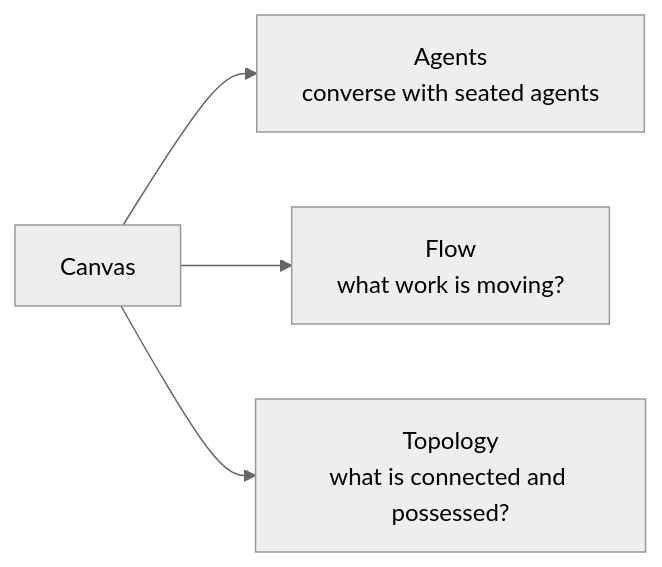
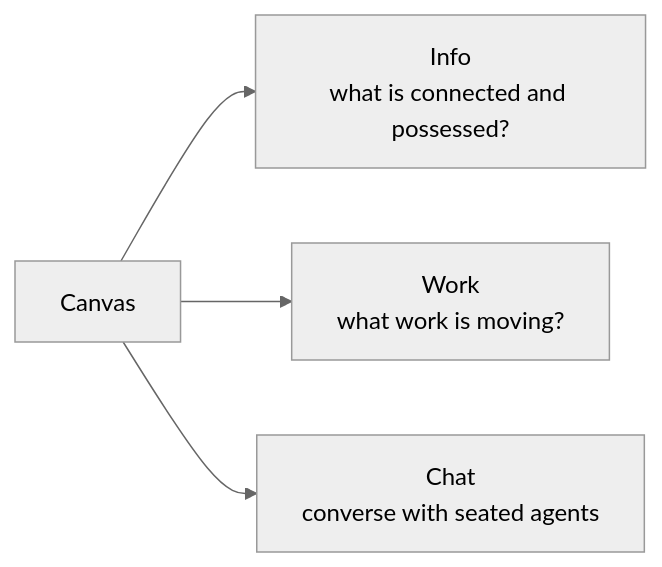
One commit to infimalabs/spice-rust changed diagram 15 of 25 in docs/product/value.md. Above: the diagram before and after it, drawn with Mermaid (neutral theme). The commit also changed other lines of this file and 42 other files, not shown here.

Commit message:
Rename Canvas panels to Info Work and Chat

````diff
--- a/docs/product/value.md
+++ b/docs/product/value.md
@@ -360,6 +360,6 @@
 ```mermaid
 flowchart LR
-  C["Canvas"] --> A["Agents<br/>converse with seated agents"]
-  C --> F["Flow<br/>what work is moving?"]
-  C --> T["Topology<br/>what is connected and possessed?"]
+  C["Canvas"] --> I["Info<br/>what is connected and possessed?"]
+  C --> W["Work<br/>what work is moving?"]
+  C --> H["Chat<br/>converse with seated agents"]
 ```
````
